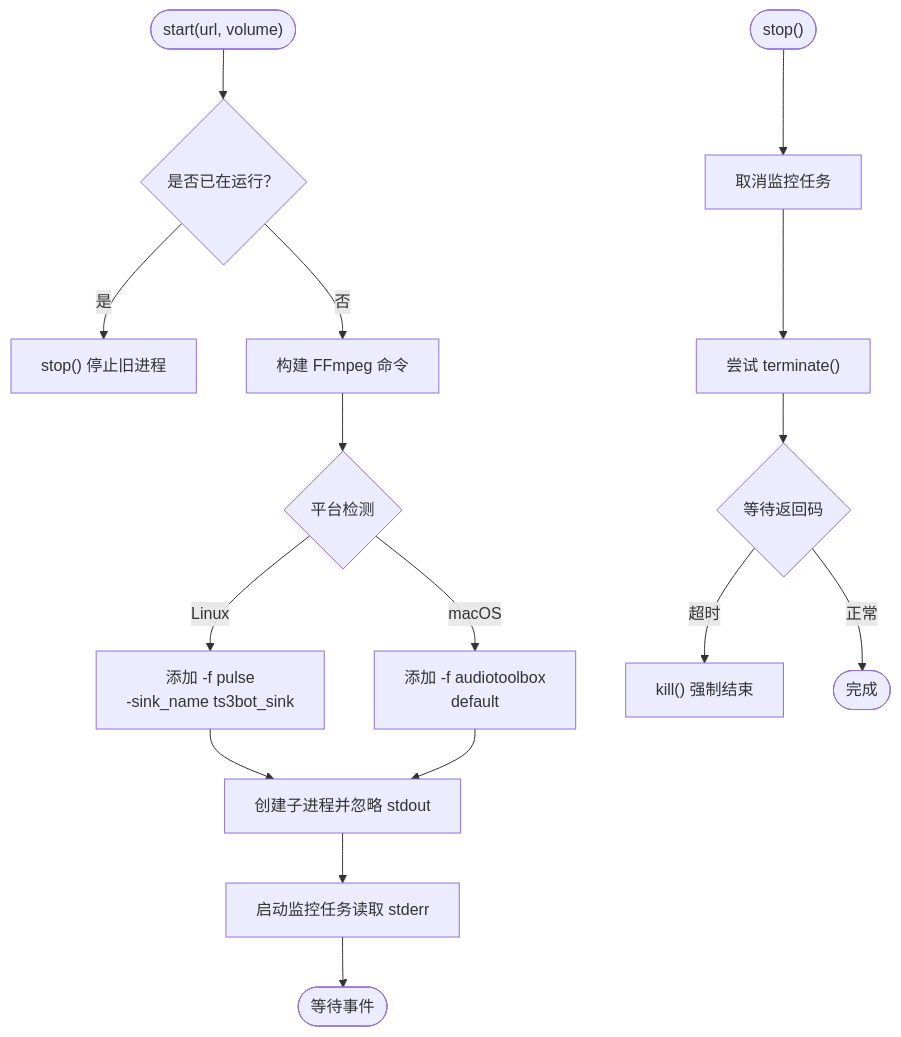
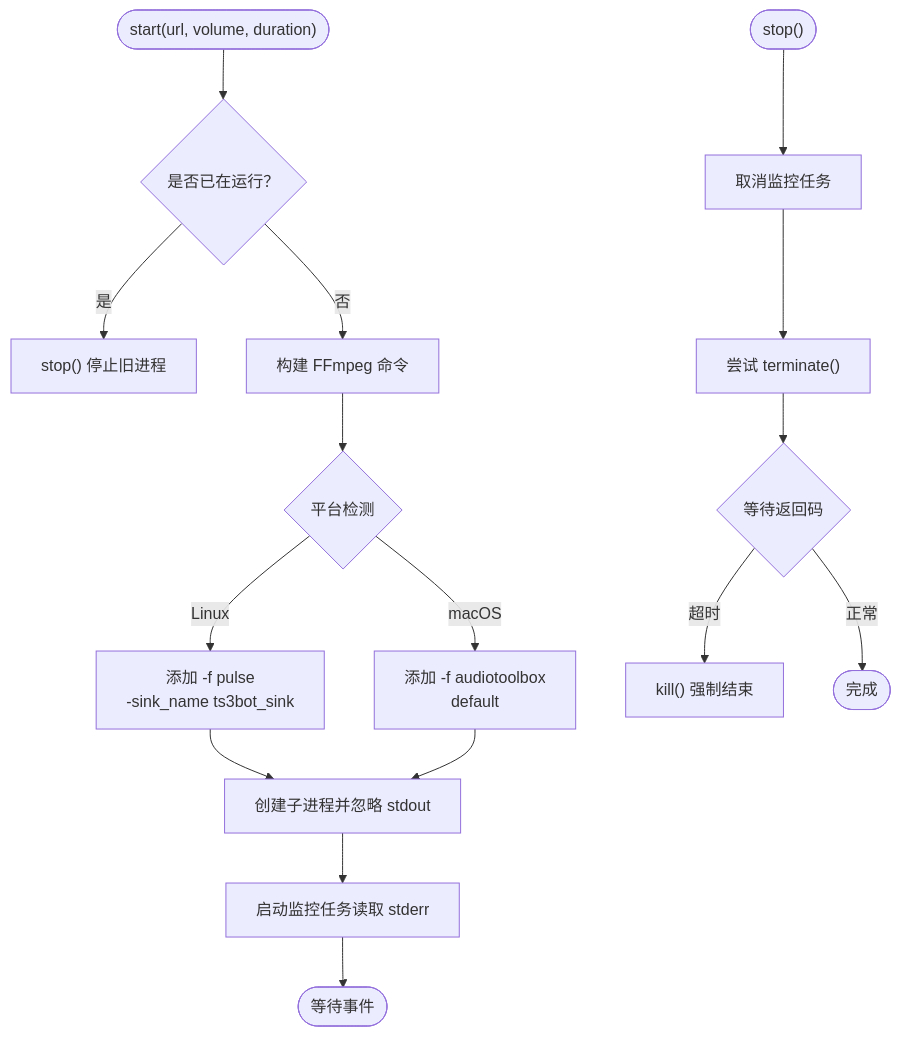
Before and after one commit to GhoulOwl/Teamspeak3_Bot: the fourth of 9 diagrams in .qoder/repowiki/zh/content/音乐播放系统/音频控制器.md, drawn with Mermaid. The commit also changed other lines of this file and 5 other files, not shown here.

````diff
--- a/.qoder/repowiki/zh/content/音乐播放系统/音频控制器.md
+++ b/.qoder/repowiki/zh/content/音乐播放系统/音频控制器.md
@@ -204,18 +228,18 @@
 ```mermaid
 flowchart TD
-Start(["start(url, volume)"]) --> CheckRunning{"是否已在运行？"}
+Start(["start(url, volume, duration)"]) --> CheckRunning{"是否已在运行？"}
 CheckRunning --> |是| StopPrev["stop() 停止旧进程"]
 CheckRunning --> |否| BuildCmd["构建 FFmpeg 命令"]
 BuildCmd --> Platform{"平台检测"}
 Platform --> |Linux| LinuxCmd["添加 -f pulse<br/>-sink_name ts3bot_sink"]
 Platform --> |macOS| MacCmd["添加 -f audiotoolbox<br/>default"]
 LinuxCmd --> Spawn["创建子进程并忽略 stdout"]
 MacCmd --> Spawn
 Spawn --> Monitor["启动监控任务读取 stderr"]
 Monitor --> End(["等待事件"])
 Stop(["stop()"]) --> CancelTask["取消监控任务"]
 CancelTask --> Terminate["尝试 terminate()"]
 Terminate --> Wait{"等待返回码"}
 Wait --> |超时| Kill["kill() 强制结束"]
 Wait --> |正常| Done(["完成"])
 ```
````
